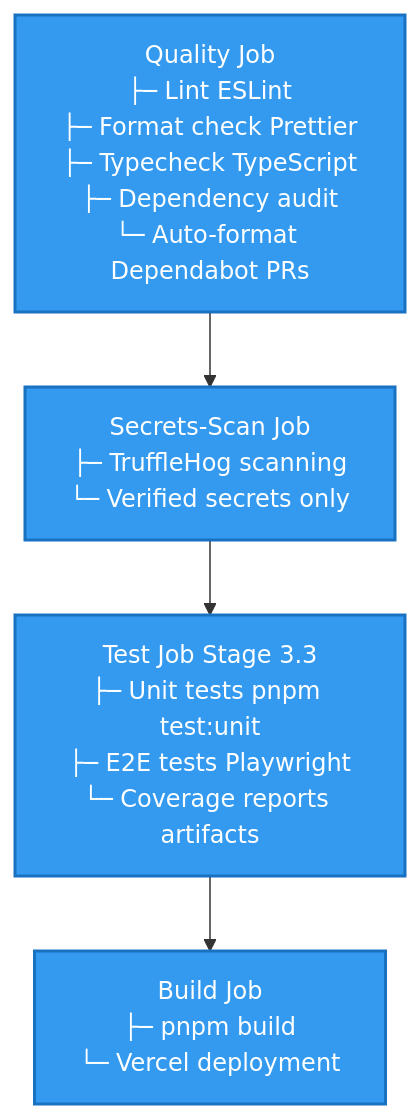
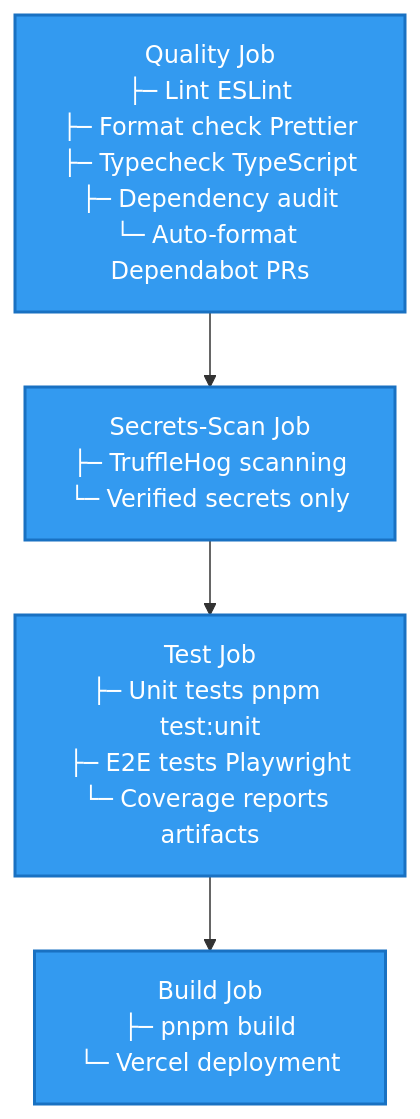
The diagram in docs/30-devops-platform/ci-cd-pipeline-overview.md (bryce-seefieldt/portfolio-docs), drawn with Mermaid before and after one commit. The commit also changed other lines of this file and 85 other files, not shown here.

````diff
--- a/docs/30-devops-platform/ci-cd-pipeline-overview.md
+++ b/docs/30-devops-platform/ci-cd-pipeline-overview.md
@@ -37,16 +37,16 @@
 ```mermaid
 graph TB
    Quality["Quality Job<br/>├─ Lint ESLint<br/>├─ Format check Prettier<br/>├─ Typecheck TypeScript<br/>├─ Dependency audit<br/>└─ Auto-format Dependabot PRs"]
     Secrets["Secrets-Scan Job<br/>├─ TruffleHog scanning<br/>└─ Verified secrets only"]
-    Test["Test Job Stage 3.3<br/>├─ Unit tests pnpm test:unit<br/>├─ E2E tests Playwright<br/>└─ Coverage reports artifacts"]
+   Test["Test Job<br/>├─ Unit tests pnpm test:unit<br/>├─ E2E tests Playwright<br/>└─ Coverage reports artifacts"]
     Build["Build Job<br/>├─ pnpm build<br/>└─ Vercel deployment"]
 
     Quality --> Secrets
     Secrets --> Test
     Test --> Build
 
     style Quality fill:#339af0,stroke:#1971c2,stroke-width:2px,color:#fff
     style Secrets fill:#339af0,stroke:#1971c2,stroke-width:2px,color:#fff
     style Test fill:#339af0,stroke:#1971c2,stroke-width:2px,color:#fff
     style Build fill:#339af0,stroke:#1971c2,stroke-width:2px,color:#fff
 ```
````
